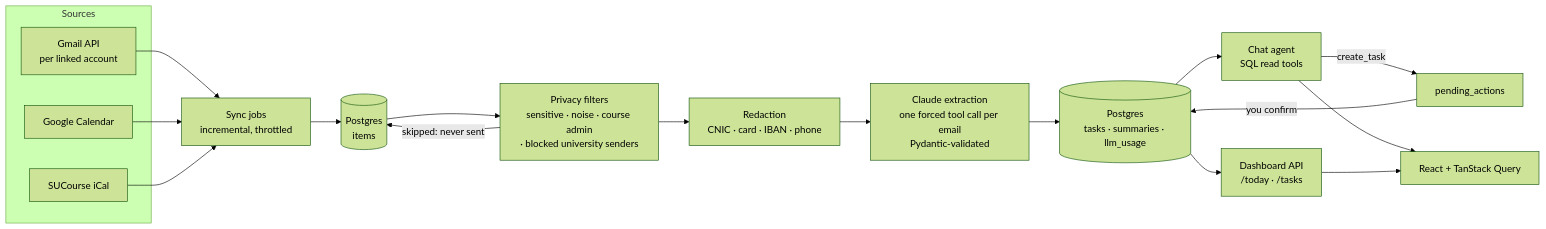
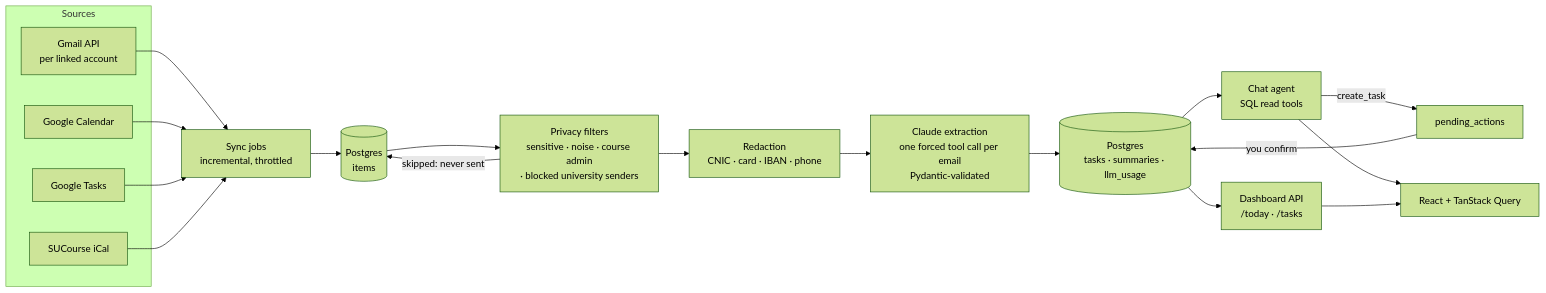
Before and after one commit to AbdulMominAlam/ai-command-center: the diagram in README.md, drawn with Mermaid (forest theme). The commit also changed other lines of this file and 1 other file, not shown here.

Commit message:
Document Google Tasks sync and upcoming events

````diff
--- a/README.md
+++ b/README.md
@@ -19,22 +19,23 @@
 ```mermaid
 flowchart LR
     subgraph Sources
         G[Gmail API<br/>per linked account]
         C[Google Calendar]
+        GT[Google Tasks]
         S[SUCourse iCal]
     end
 
-    G & C & S --> SY[Sync jobs<br/>incremental, throttled]
+    G & C & GT & S --> SY[Sync jobs<br/>incremental, throttled]
     SY --> DB[(Postgres<br/>items)]
 
     DB --> F[Privacy filters<br/>sensitive · noise · course admin<br/>· blocked university senders]
     F -->|skipped: never sent| DB
     F --> R[Redaction<br/>CNIC · card · IBAN · phone]
     R --> X[Claude extraction<br/>one forced tool call per email<br/>Pydantic-validated]
     X --> T[(Postgres<br/>tasks · summaries · llm_usage)]
 
     T --> A[Chat agent<br/>SQL read tools]
     T --> D[Dashboard API<br/>/today · /tasks]
     A -->|create_task| P[pending_actions] -->|you confirm| T
     A & D --> UI[React + TanStack Query]
 ```
````
